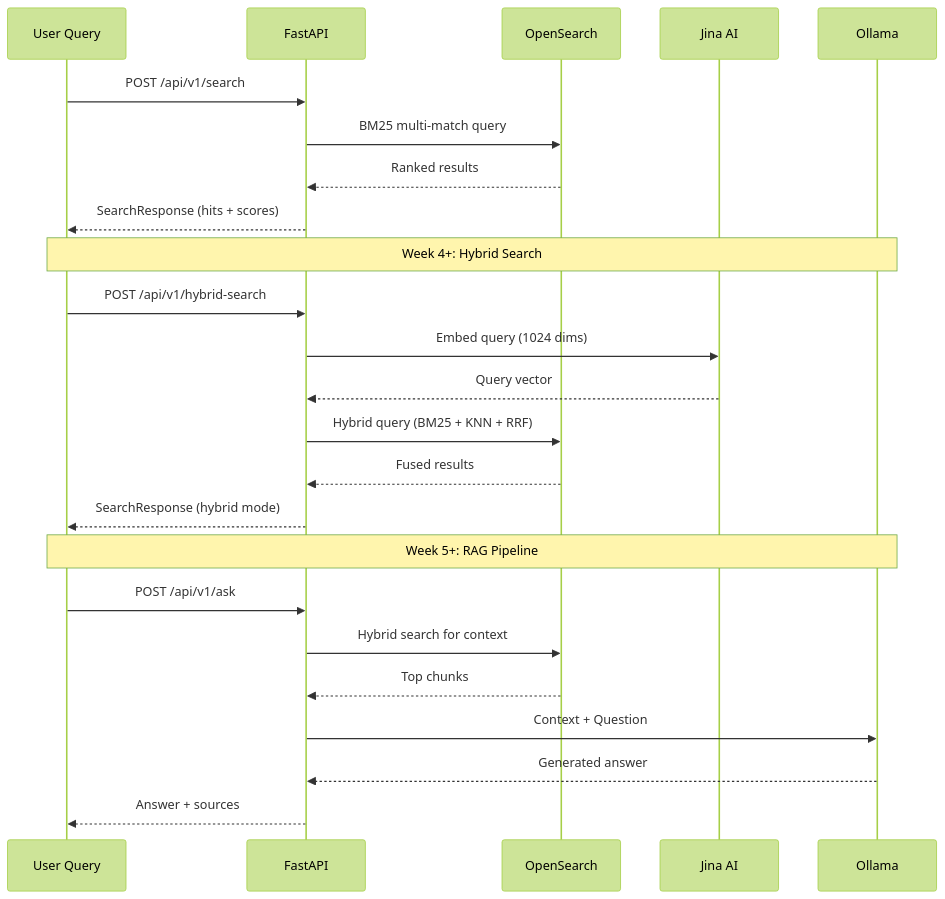
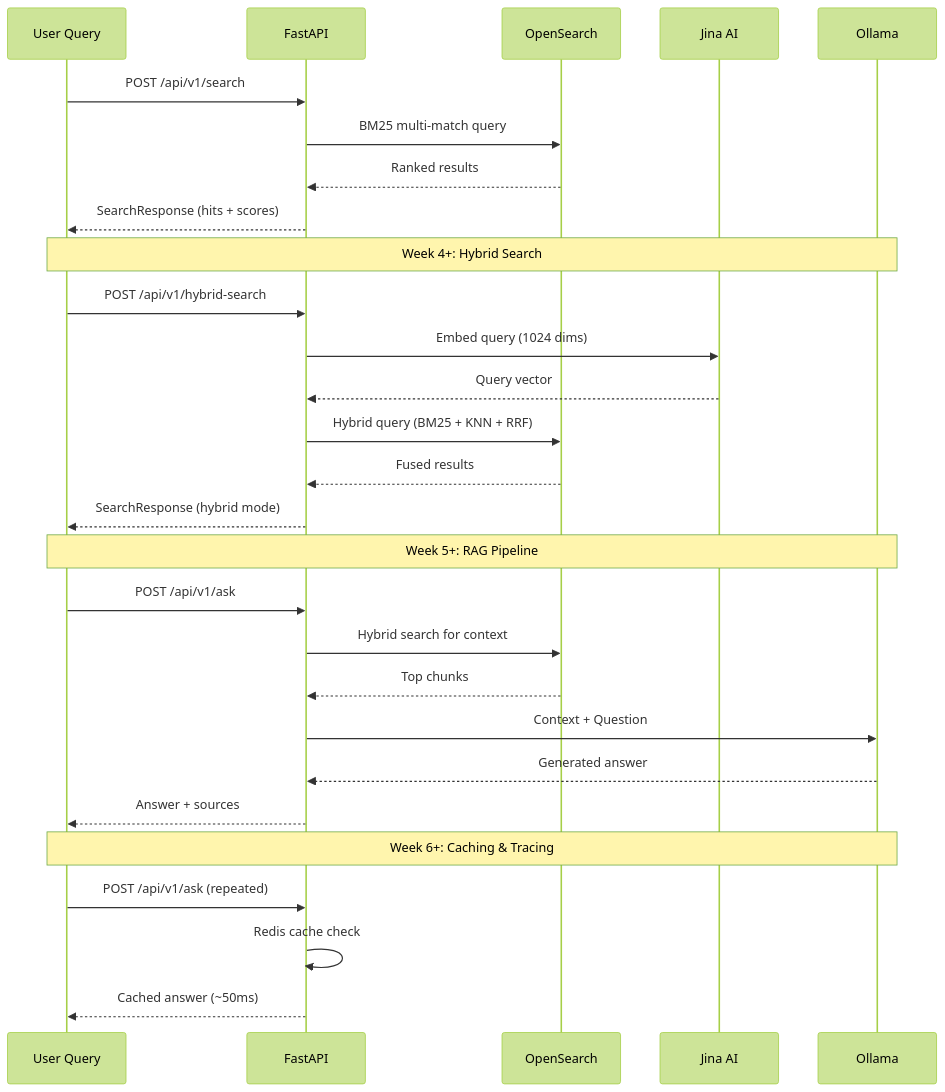
Before and after one commit to nishantgaurav23/PaperAlchemy: the second of 8 diagrams in README.md, drawn with Mermaid (forest theme). The commit also changed other lines of this file and 14 other files, not shown here.

````diff
--- a/README.md
+++ b/README.md
@@ -93,29 +93,34 @@
 ```mermaid
 sequenceDiagram
     participant U as User Query
     participant API as FastAPI
     participant OS as OpenSearch
     participant Jina as Jina AI
     participant LLM as Ollama
 
     U->>API: POST /api/v1/search
     API->>OS: BM25 multi-match query
     OS-->>API: Ranked results
     API-->>U: SearchResponse (hits + scores)
 
     Note over U,LLM: Week 4+: Hybrid Search
     U->>API: POST /api/v1/hybrid-search
     API->>Jina: Embed query (1024 dims)
     Jina-->>API: Query vector
     API->>OS: Hybrid query (BM25 + KNN + RRF)
     OS-->>API: Fused results
     API-->>U: SearchResponse (hybrid mode)
 
     Note over U,LLM: Week 5+: RAG Pipeline
     U->>API: POST /api/v1/ask
     API->>OS: Hybrid search for context
     OS-->>API: Top chunks
     API->>LLM: Context + Question
     LLM-->>API: Generated answer
     API-->>U: Answer + sources
+
+    Note over U,LLM: Week 6+: Caching & Tracing
+    U->>API: POST /api/v1/ask (repeated)
+    API->>API: Redis cache check
+    API-->>U: Cached answer (~50ms)
 ```
````
